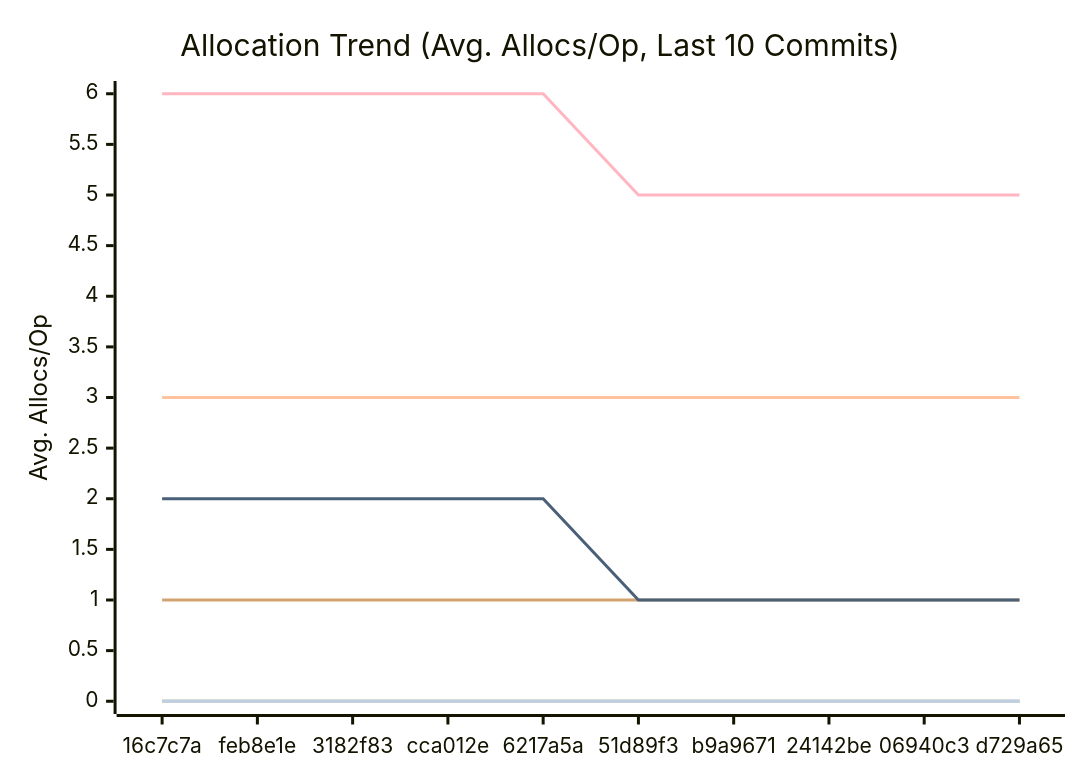
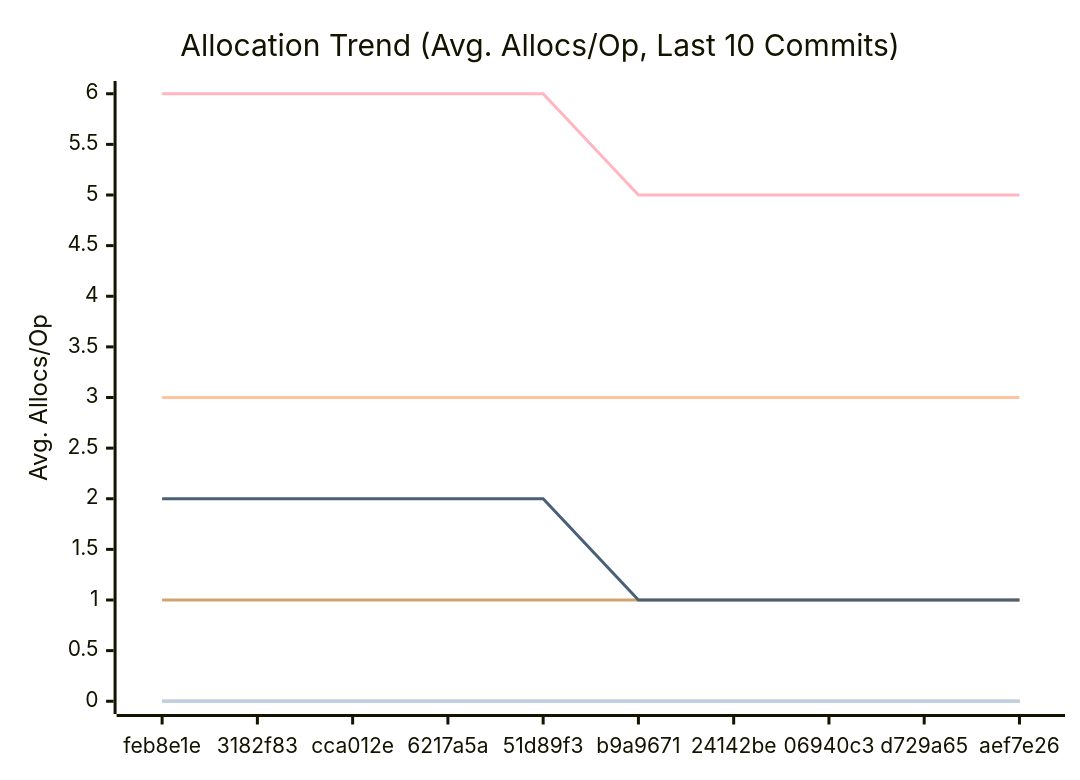
Before and after one commit to alsotoes/momo: the third of 3 diagrams in docs/PERFORMANCE.md, drawn with Mermaid. The commit also changed other lines of this file and 349 other files, not shown here.

````diff
--- a/docs/PERFORMANCE.md
+++ b/docs/PERFORMANCE.md
@@ -114,16 +114,16 @@
 ```mermaid
 xychart-beta
     title "Allocation Trend (Avg. Allocs/Op, Last 10 Commits)"
     x-axis "Commit"
     y-axis "Avg. Allocs/Op"
-    x-axis [16c7c7a,feb8e1e,3182f83,cca012e,6217a5a,51d89f3,b9a9671,24142be,06940c3,d729a65]
+    x-axis [feb8e1e,3182f83,cca012e,6217a5a,51d89f3,b9a9671,24142be,06940c3,d729a65,aef7e26]
     line "CheckMetricsAndSwap" [0,0,0,0,0,0,0,0,0,0]
     line "CrushOptimized" [0,0,0,0,0,0,0,0,0,0]
     line "CrushOriginal" [3,3,3,3,3,3,3,3,3,3]
     line "IndexDirectTracking" [0,0,0,0,0,0,0,0,0,0]
     line "IndexSearch" [0,0,0,0,0,0,0,0,0,0]
     line "LoadGlobalConfig" [1,1,1,1,1,1,1,1,1,1]
     line "PadString" [0,0,0,0,0,0,0,0,0,0]
     line "ParseReplicationOrder_NoPrealloc" [6,6,6,6,6,5,5,5,5,5]
     line "ParseReplicationOrder_Prealloc" [2,2,2,2,2,1,1,1,1,1]
 ```
````
